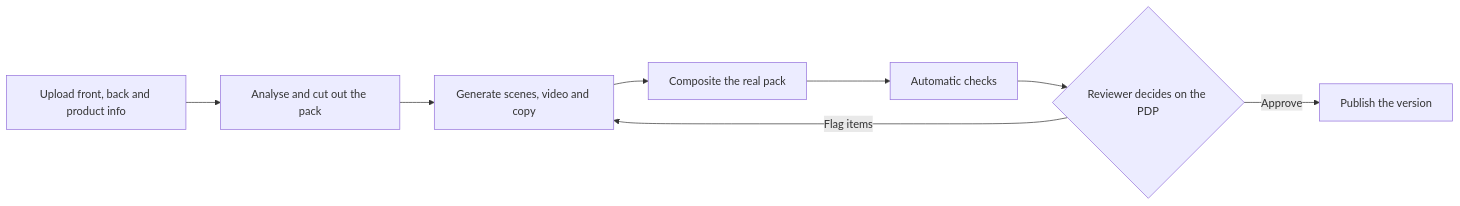
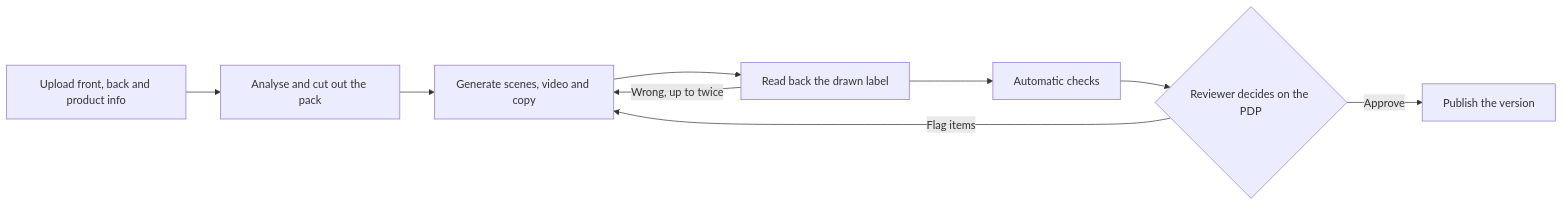
Before and after one commit to hollaugo/shelf-studio: the diagram in README.md, drawn with Mermaid. The commit also changed other lines of this file and 29 other files, not shown here.

````diff
--- a/README.md
+++ b/README.md
@@ -12,10 +13,11 @@
 ```mermaid
 flowchart LR
   A[Upload front, back and product info] --> B[Analyse and cut out the pack]
   B --> C[Generate scenes, video and copy]
-  C --> D[Composite the real pack]
+  C --> D[Read back the drawn label]
+  D -- Wrong, up to twice --> C
   D --> E[Automatic checks]
   E --> F{Reviewer decides on the PDP}
   F -- Approve --> G[Publish the version]
   F -- Flag items --> C
 ```
````
